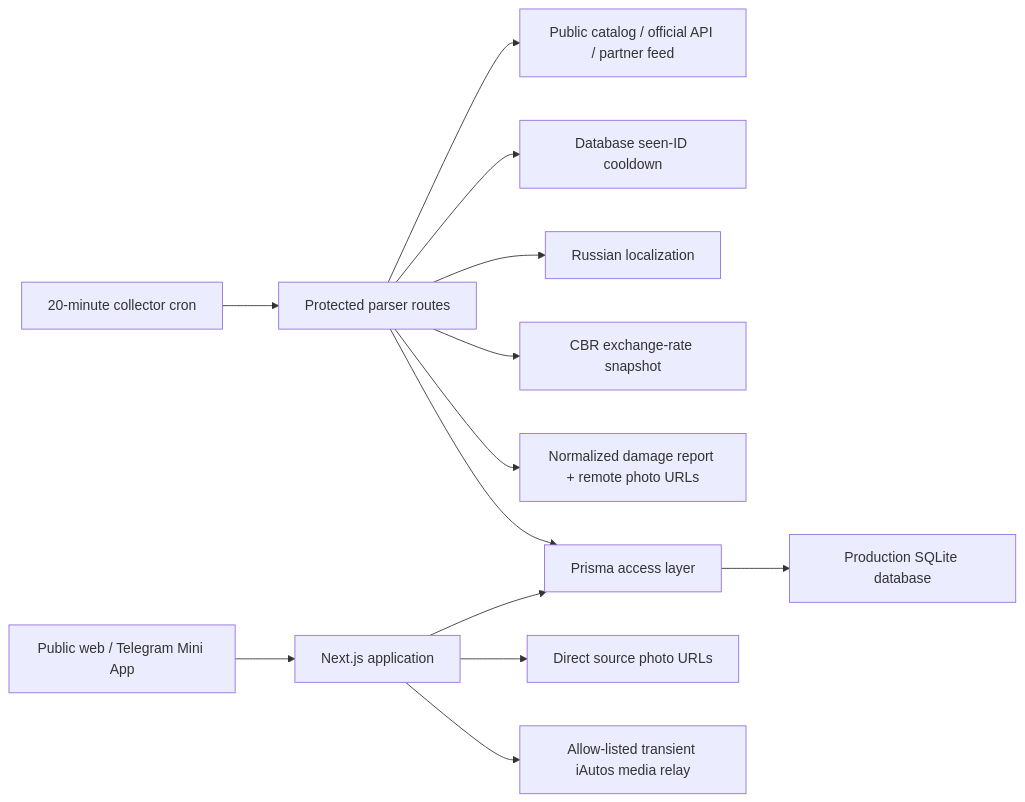
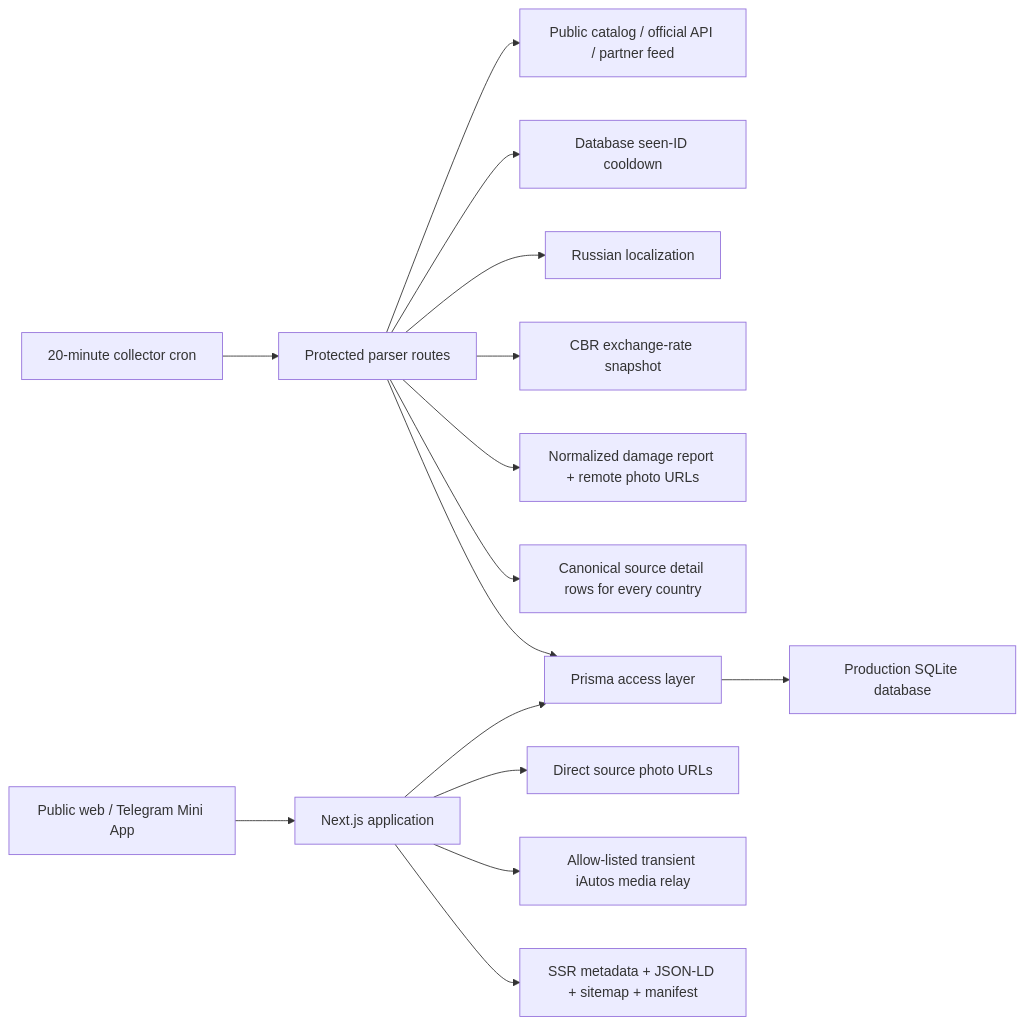
Before and after one commit to microsecret/automart: the first of 4 diagrams in docs/PROJECT_GRAPH.md, drawn with Mermaid. The commit also changed other lines of this file and 22 other files, not shown here.

````diff
--- a/docs/PROJECT_GRAPH.md
+++ b/docs/PROJECT_GRAPH.md
@@ -8,15 +8,17 @@
 ```mermaid
 flowchart LR
   Browser["Public web / Telegram Mini App"] --> Next["Next.js application"]
   Next --> Prisma["Prisma access layer"]
   Prisma --> SQLite["Production SQLite database"]
   Cron["20-minute collector cron"] --> Parser["Protected parser routes"]
   Parser --> Sources["Public catalog / official API / partner feed"]
   Parser --> SeenStore["Database seen-ID cooldown"]
   Parser --> Translate["Russian localization"]
   Parser --> Rates["CBR exchange-rate snapshot"]
   Parser --> Inspection["Normalized damage report + remote photo URLs"]
+  Parser --> UnifiedSpecs["Canonical source detail rows for every country"]
   Parser --> Prisma
   Next --> Media["Direct source photo URLs"]
   Next --> IautosMedia["Allow-listed transient iAutos media relay"]
+  Next --> SEO["SSR metadata + JSON-LD + sitemap + manifest"]
 ```
````
